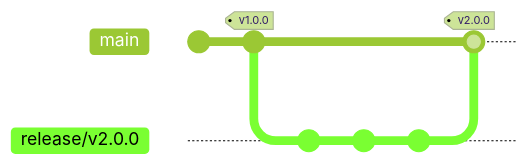
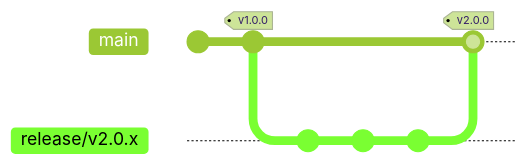
Before and after one commit to LuDubies/branchdoc_io_test: the second of 5 diagrams in branch_types.md, drawn with Mermaid (forest theme). The commit also changed other lines of this file and 2 other files, not shown here. Commit ids are hidden.

````diff
--- a/branch_types.md
+++ b/branch_types.md
@@ -24,13 +24,13 @@
 ```mermaid
 %%{init: { 'gitGraph': {'showCommitLabel': false}} }%%
 gitGraph
    commit
    commit tag: "v1.0.0"
-   branch release/v2.0.0
+   branch release/v2.0.x
    commit
    commit
    commit
    checkout main
-   merge release/v2.0.0 tag: "v2.0.0"
+   merge release/v2.0.x tag: "v2.0.0"
 
 ```
````
